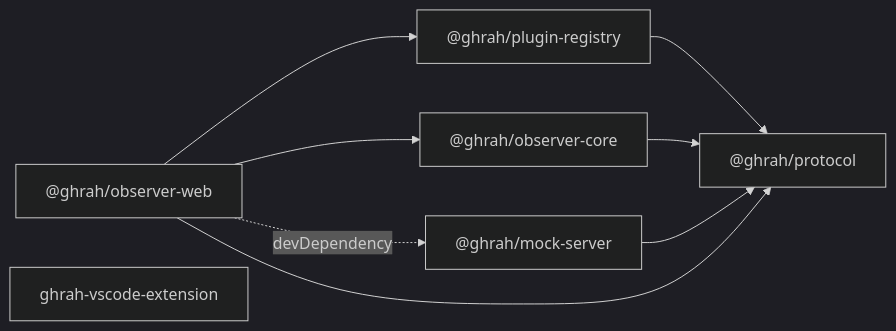
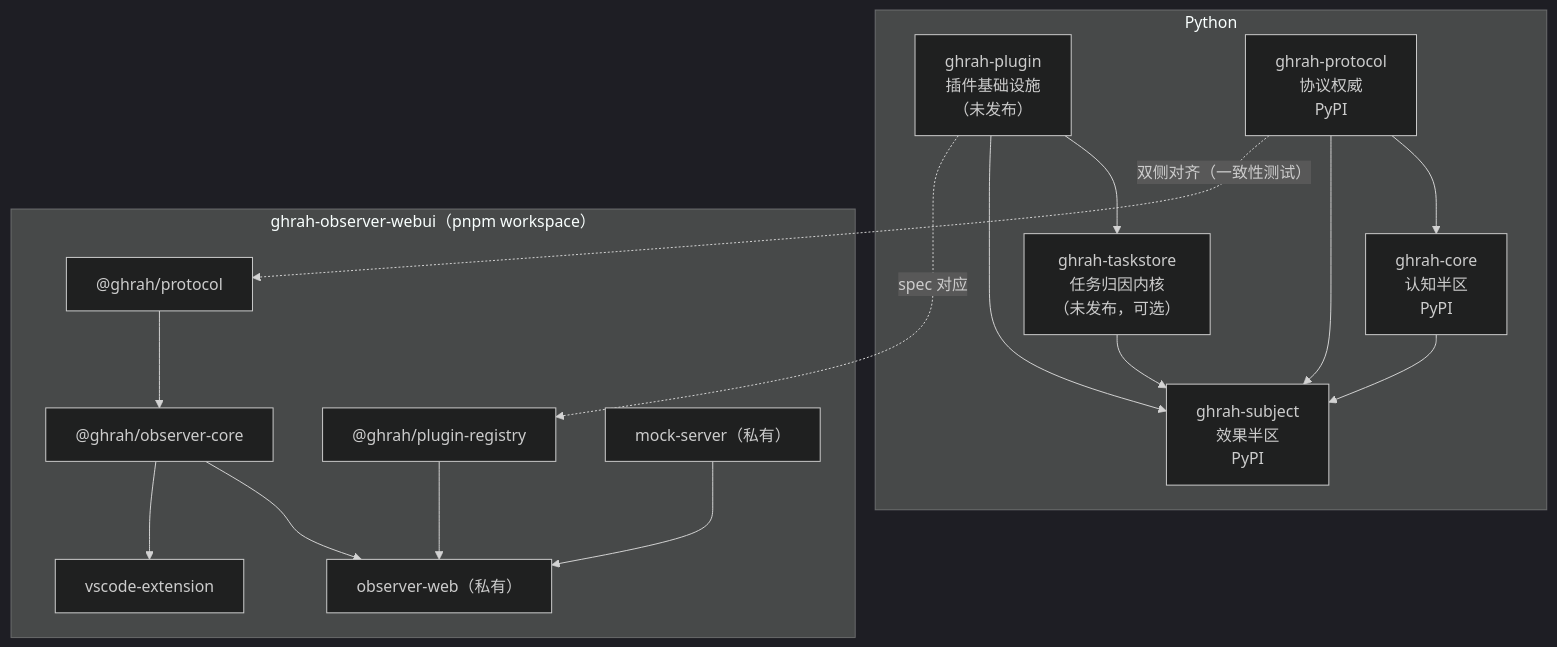
The third of 60 diagrams in docs/ARCHITECTURE.md (ghrah-org/ghrah-monorepo), drawn with Mermaid (dark theme) before and after one commit. The commit also changed other lines of this file and 2 other files, not shown here.

````diff
--- a/docs/ARCHITECTURE.md
+++ b/docs/ARCHITECTURE.md
@@ -398,17 +193,32 @@
 ```mermaid
-graph LR
-    P["@ghrah/protocol"]
-    R["@ghrah/plugin-registry"]
-    O["@ghrah/observer-core"]
-    M["@ghrah/mock-server"]
-    W["@ghrah/observer-web"]
-    V["ghrah-vscode-extension"]
+graph TB
+    subgraph Python
+        P["ghrah-plugin<br/>插件基础设施<br/>（未发布）"]
+        PR["ghrah-protocol<br/>协议权威<br/>PyPI"]
+        C["ghrah-core<br/>认知半区<br/>PyPI"]
+        TS["ghrah-taskstore<br/>任务归因内核<br/>（未发布，可选）"]
+        S["ghrah-subject<br/>效果半区<br/>PyPI"]
+    end
+    subgraph TypeScript["ghrah-observer-webui（pnpm workspace）"]
+        WP["@ghrah/protocol"]
+        WPR["@ghrah/plugin-registry"]
+        OC["@ghrah/observer-core"]
+        OW["observer-web（私有）"]
+        MS["mock-server（私有）"]
+        VS["vscode-extension"]
+    end
 
-    R --> P
-    O --> P
-    M --> P
-    W --> O
-    W --> R
-    W --> P
-    W -.->|"devDependency"| M
+    P --> TS
+    P --> S
+    PR --> C
+    PR --> S
+    C --> S
+    TS --> S
+    WP --> OC
+    WPR --> OW
+    OC --> OW
+    MS --> OW
+    OC --> VS
+    PR -. "双侧对齐（一致性测试）" .-> WP
+    P -. "spec 对应" .-> WPR
 ```
````
